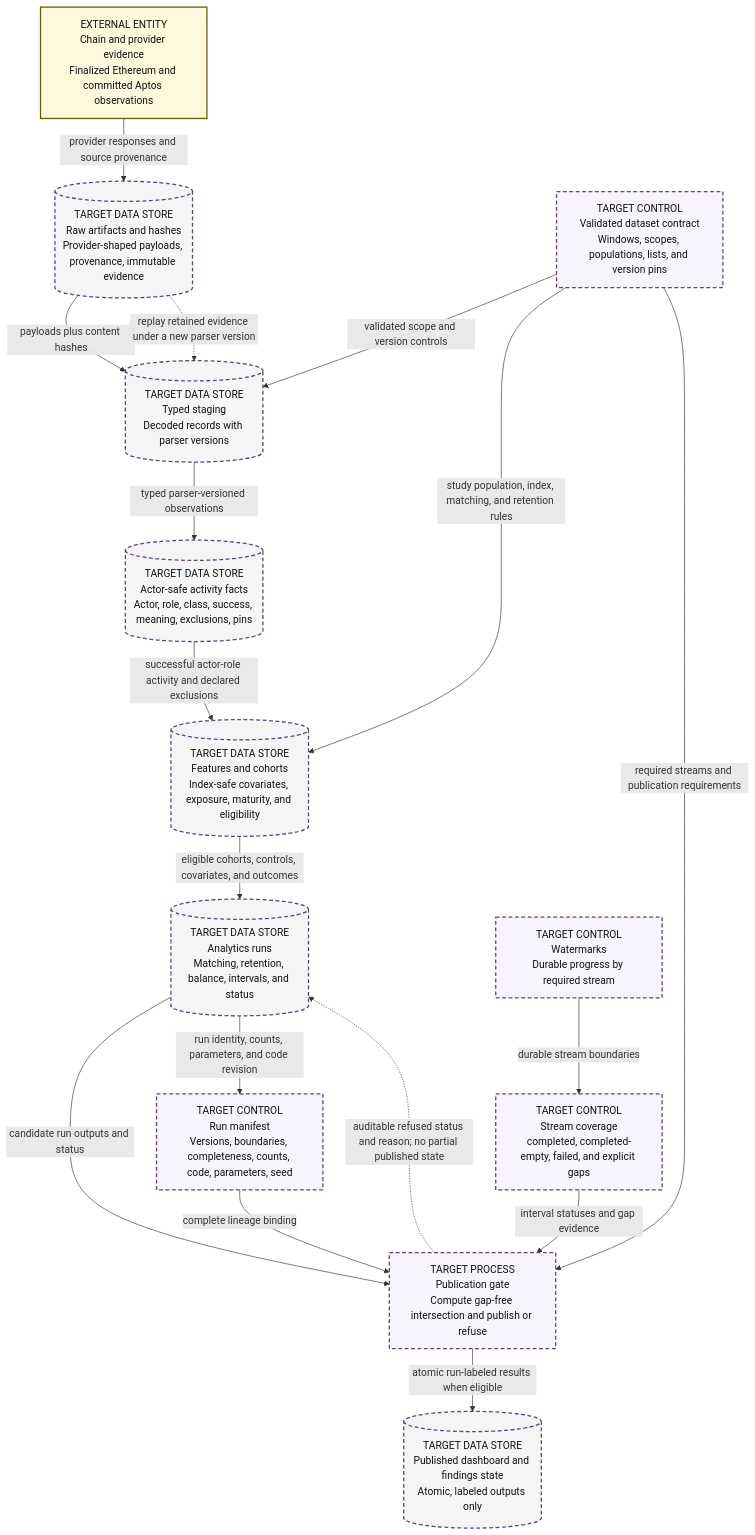
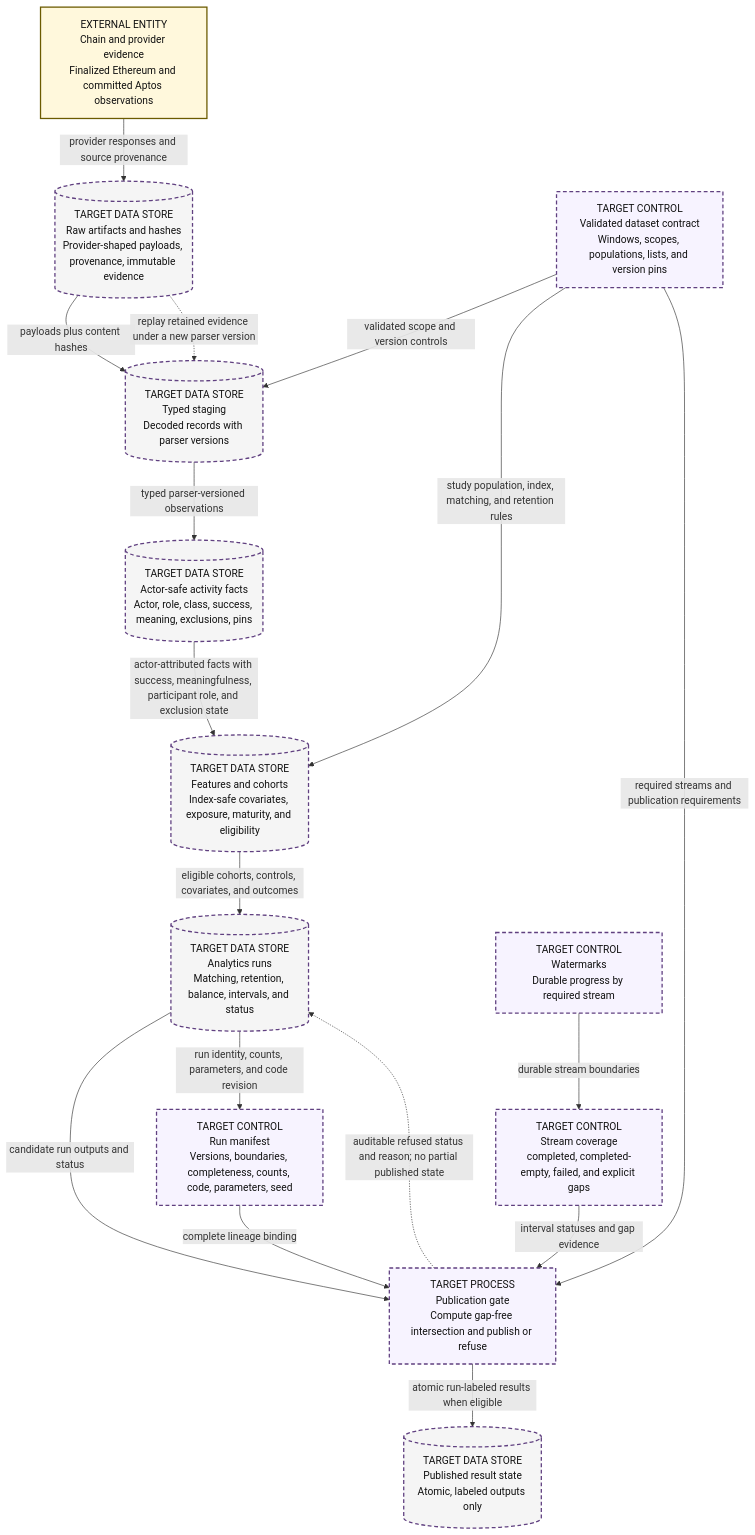
Before and after one commit to andrewmpalka/strata: the first of 2 diagrams in docs/architecture/diagrams/target-data-lineage-and-publication.md, drawn with Mermaid. The commit also changed other lines of this file and 6 other files, not shown here.

Commit message:
docs: correct architecture diagram semantics

````diff
--- a/docs/architecture/diagrams/target-data-lineage-and-publication.md
+++ b/docs/architecture/diagrams/target-data-lineage-and-publication.md
@@ -21,41 +21,41 @@
 ```mermaid
 flowchart TB
     evidence["EXTERNAL ENTITY<br/>Chain and provider evidence<br/>Finalized Ethereum and committed Aptos observations"]
     raw[("TARGET DATA STORE<br/>Raw artifacts and hashes<br/>Provider-shaped payloads, provenance, immutable evidence")]
     staging[("TARGET DATA STORE<br/>Typed staging<br/>Decoded records with parser versions")]
     facts[("TARGET DATA STORE<br/>Actor-safe activity facts<br/>Actor, role, class, success, meaning, exclusions, pins")]
     features[("TARGET DATA STORE<br/>Features and cohorts<br/>Index-safe covariates, exposure, maturity, and eligibility")]
     runs[("TARGET DATA STORE<br/>Analytics runs<br/>Matching, retention, balance, intervals, and status")]
-    published[("TARGET DATA STORE<br/>Published dashboard and findings state<br/>Atomic, labeled outputs only")]
+    published[("TARGET DATA STORE<br/>Published result state<br/>Atomic, labeled outputs only")]
 
     contract["TARGET CONTROL<br/>Validated dataset contract<br/>Windows, scopes, populations, lists, and version pins"]
     coverage["TARGET CONTROL<br/>Stream coverage<br/>completed, completed-empty, failed, and explicit gaps"]
     watermarks["TARGET CONTROL<br/>Watermarks<br/>Durable progress by required stream"]
     manifest["TARGET CONTROL<br/>Run manifest<br/>Versions, boundaries, completeness, counts, code, parameters, seed"]
     gate["TARGET PROCESS<br/>Publication gate<br/>Compute gap-free intersection and publish or refuse"]
 
     evidence -->|"provider responses and source provenance"| raw
     raw -->|"payloads plus content hashes"| staging
     staging -->|"typed parser-versioned observations"| facts
-    facts -->|"successful actor-role activity and declared exclusions"| features
+    facts -->|"actor-attributed facts with success, meaningfulness, participant role, and exclusion state"| features
     features -->|"eligible cohorts, controls, covariates, and outcomes"| runs
     runs -->|"candidate run outputs and status"| gate
     gate -->|"atomic run-labeled results when eligible"| published
 
     contract -->|"validated scope and version controls"| staging
     contract -->|"study population, index, matching, and retention rules"| features
     contract -->|"required streams and publication requirements"| gate
     coverage -->|"interval statuses and gap evidence"| gate
     watermarks -->|"durable stream boundaries"| coverage
     manifest -->|"complete lineage binding"| gate
     runs -->|"run identity, counts, parameters, and code revision"| manifest
     raw -.->|"replay retained evidence under a new parser version"| staging
     gate -.->|"auditable refused status and reason; no partial published state"| runs
 
     classDef target fill:#f7f3ff,stroke:#604080,stroke-width:2px,stroke-dasharray:6 4,color:#111;
     classDef targetStore fill:#f5f5f5,stroke:#604080,stroke-width:2px,stroke-dasharray:6 4,color:#111;
     classDef external fill:#fff8dc,stroke:#6b5b00,stroke-width:2px,color:#111;
     class contract,coverage,watermarks,manifest,gate target;
     class raw,staging,facts,features,runs,published targetStore;
     class evidence external;
 ```
````
